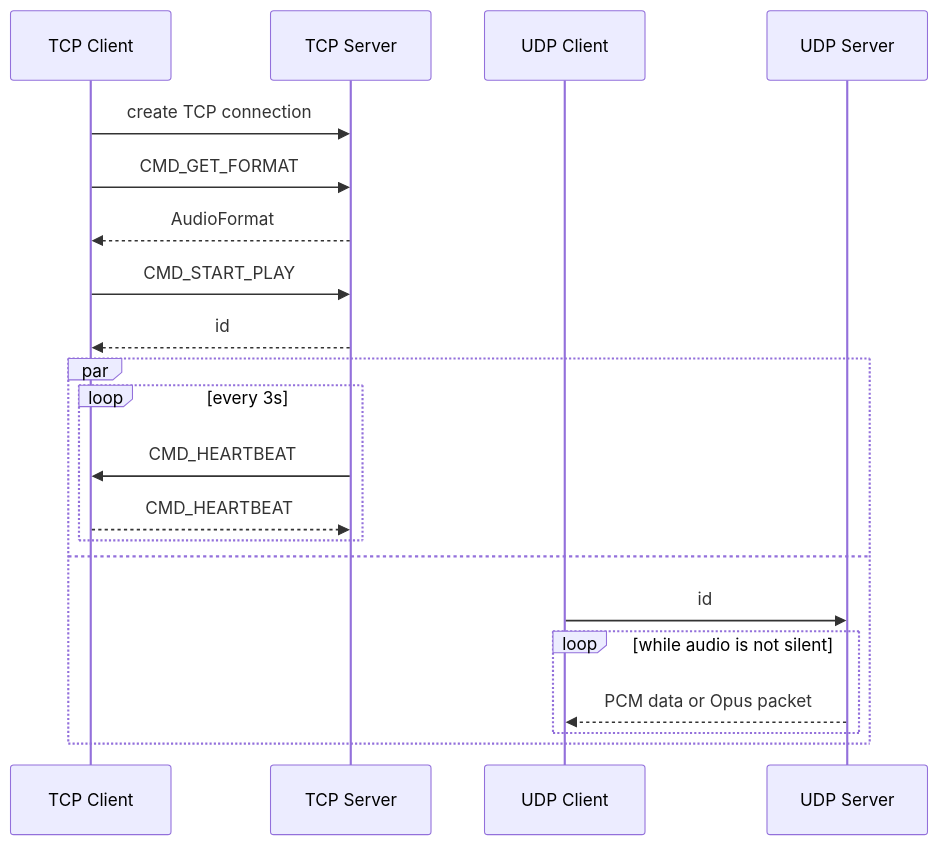
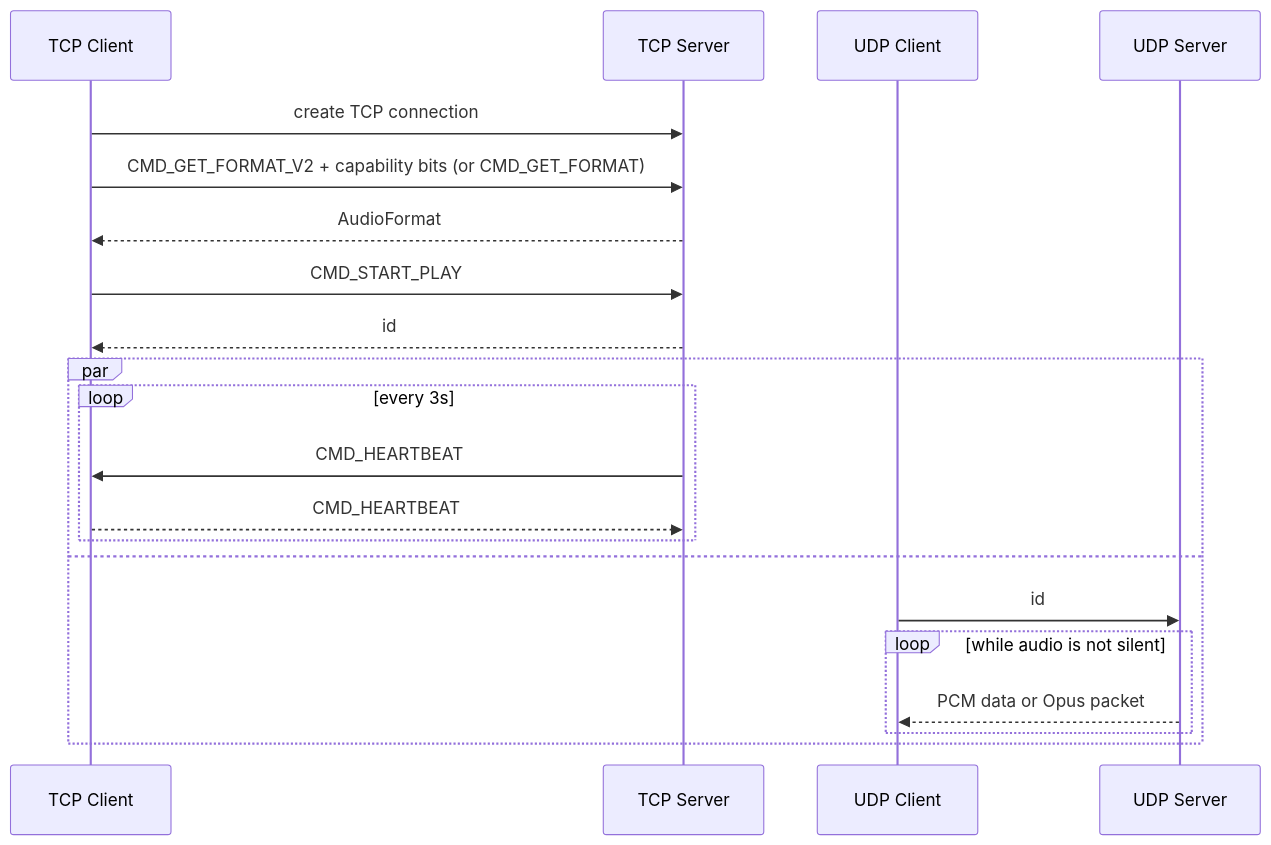
The diagram in docs/protocol.md (outusuke/audio-share), drawn with Mermaid before and after one commit. The commit also changed other lines of this file and 21 other files, not shown here.

First line of the commit message:
Opus: negotiation, sequence numbers, sinc resampler, Android audio thread

````diff
--- a/docs/protocol.md
+++ b/docs/protocol.md
@@ -1,27 +1,27 @@
 ```mermaid
 sequenceDiagram
     participant TCP Client
     participant TCP Server
     participant UDP Client
     participant UDP Server
 
     TCP Client ->> TCP Server : create TCP connection
     
-    TCP Client ->> TCP Server : CMD_GET_FORMAT
+    TCP Client ->> TCP Server : CMD_GET_FORMAT_V2 + capability bits (or CMD_GET_FORMAT)
     TCP Server -->> TCP Client : AudioFormat
 
     TCP Client ->> TCP Server : CMD_START_PLAY
     TCP Server -->> TCP Client : id
     
     par
         loop every 3s
             TCP Server ->> TCP Client : CMD_HEARTBEAT
             TCP Client -->> TCP Server : CMD_HEARTBEAT
         end
     and
         UDP Client ->> UDP Server : id
         loop while audio is not silent
             UDP Server -->> UDP Client : PCM data or Opus packet
         end
     end
 ```
````
